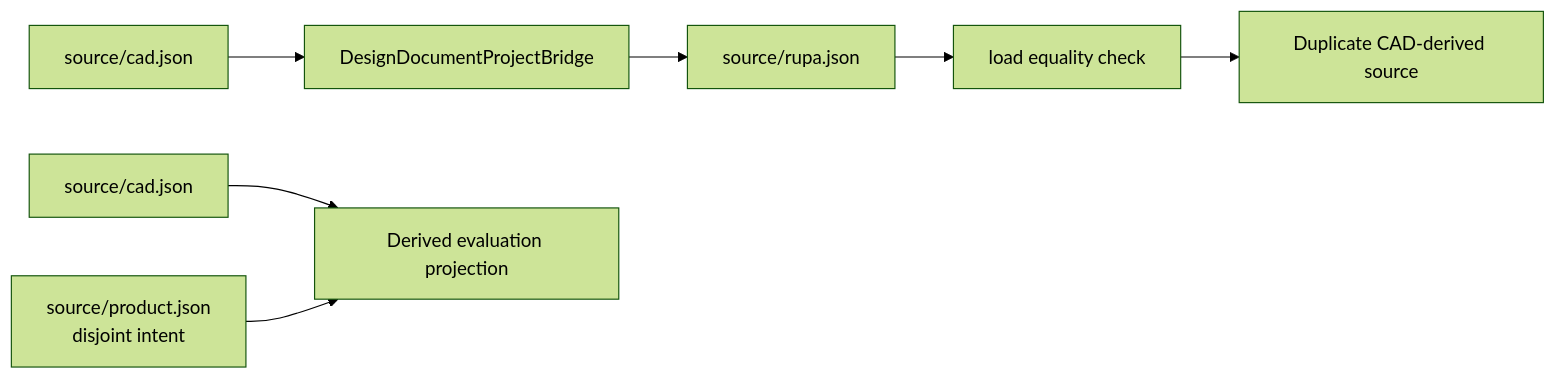
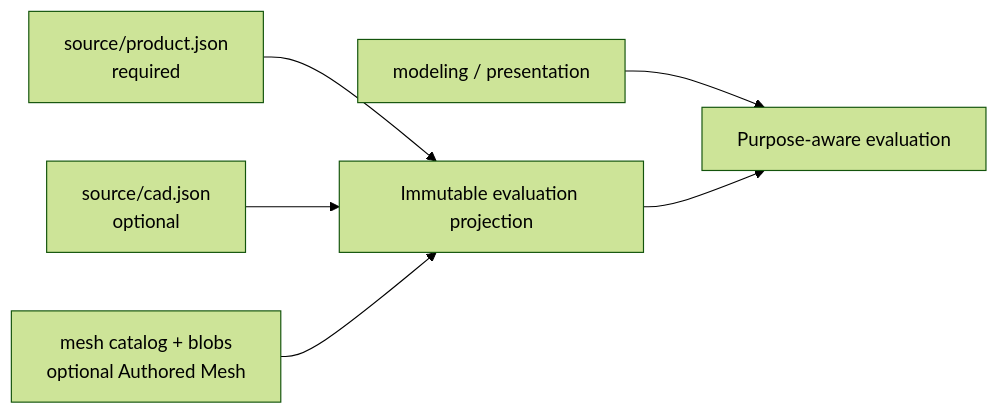
Before and after one commit to 1amageek/Rupa: the second of 3 diagrams in RupaKit/ARCHITECTURE.md, drawn with Mermaid (forest theme). The commit also changed other lines of this file and 50 other files, not shown here.

````diff
--- a/RupaKit/ARCHITECTURE.md
+++ b/RupaKit/ARCHITECTURE.md
@@ -148,10 +147,8 @@
 ```mermaid
 flowchart LR
-    CurrentCAD["source/cad.json"] --> Projection["DesignDocumentProjectBridge"]
-    Projection --> CurrentRupa["source/rupa.json"]
-    CurrentRupa --> Equality["load equality check"]
-    Equality --> Gap["Duplicate CAD-derived source"]
-
-    TargetCAD["source/cad.json"] --> TargetEval["Derived evaluation projection"]
-    TargetProduct["source/product.json\ndisjoint intent"] --> TargetEval
+    Product["source/product.json\nrequired"] --> Projection["Immutable evaluation projection"]
+    CAD["source/cad.json\noptional"] --> Projection
+    Mesh["mesh catalog + blobs\noptional Authored Mesh"] --> Projection
+    Purpose["modeling / presentation"] --> Evaluation["Purpose-aware evaluation"]
+    Projection --> Evaluation
 ```
````
